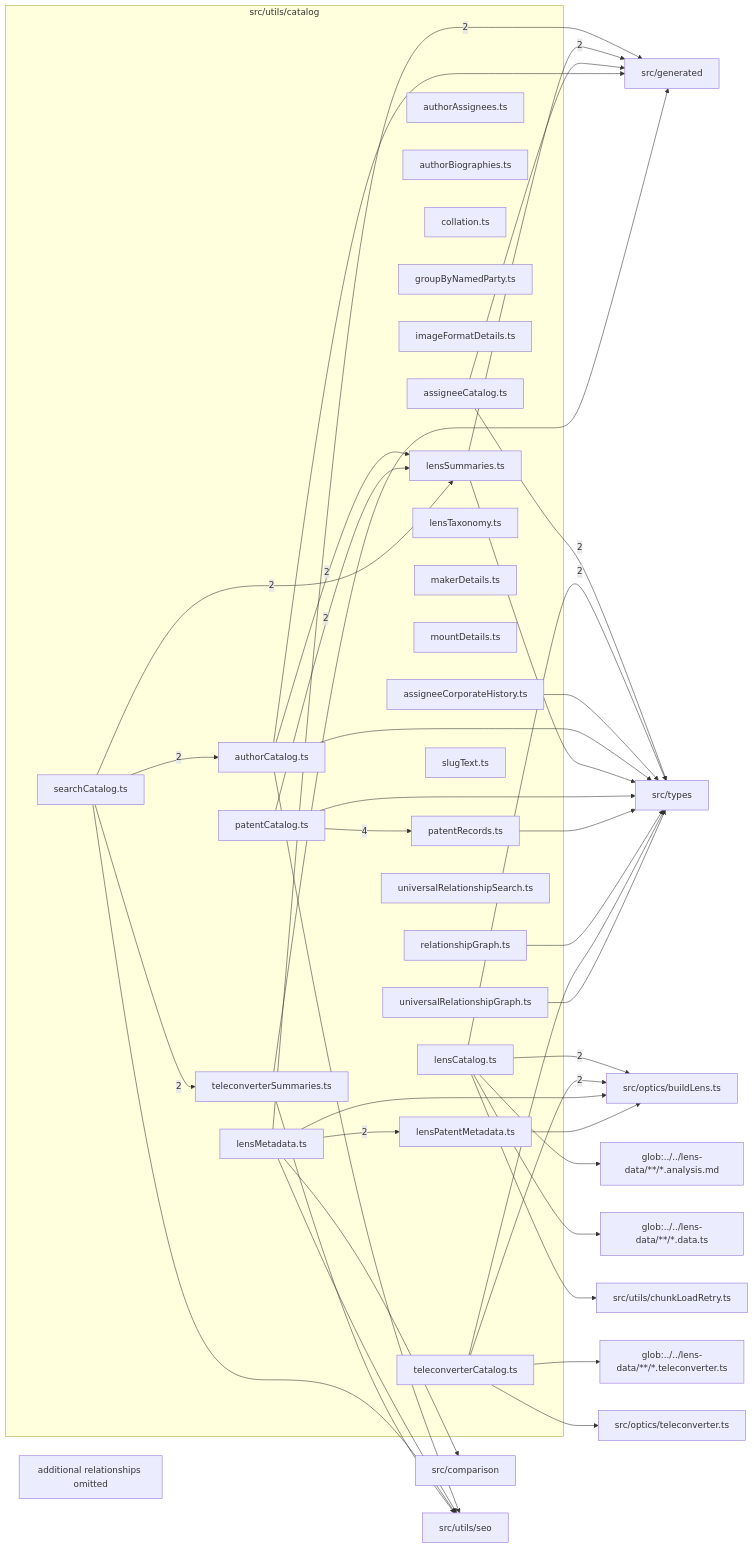
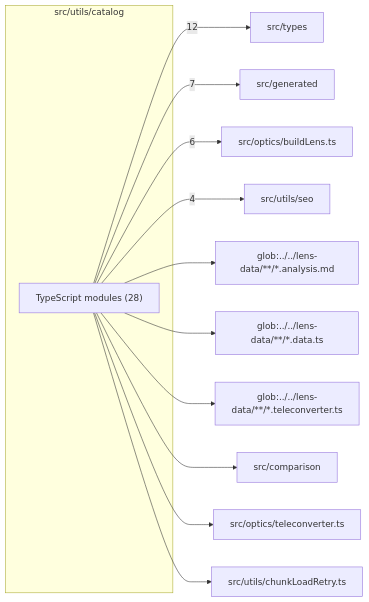
Before and after one commit to ronbuening/LensVisualizer: the diagram in src/utils/catalog/readme.md, drawn with Mermaid. The commit also changed other lines of this file and 40 other files, not shown here.

First line of the commit message:
Add relationship views for company comparison and inventor exploration (#919)

````diff
--- a/src/utils/catalog/readme.md
+++ b/src/utils/catalog/readme.md
@@ -9,76 +9,26 @@
 ```mermaid
 flowchart LR
   subgraph n_src_utils_catalog["src/utils/catalog"]
-    n_src_utils_catalog_src_utils_catalog_assigneeCatalog_ts["assigneeCatalog.ts"]
-    n_src_utils_catalog_src_utils_catalog_assigneeCorporateHistory_ts["assigneeCorporateHistory.ts"]
-    n_src_utils_catalog_src_utils_catalog_authorAssignees_ts["authorAssignees.ts"]
-    n_src_utils_catalog_src_utils_catalog_authorBiographies_ts["authorBiographies.ts"]
-    n_src_utils_catalog_src_utils_catalog_authorCatalog_ts["authorCatalog.ts"]
-    n_src_utils_catalog_src_utils_catalog_collation_ts["collation.ts"]
-    n_src_utils_catalog_src_utils_catalog_groupByNamedParty_ts["groupByNamedParty.ts"]
-    n_src_utils_catalog_src_utils_catalog_imageFormatDetails_ts["imageFormatDetails.ts"]
-    n_src_utils_catalog_src_utils_catalog_lensCatalog_ts["lensCatalog.ts"]
-    n_src_utils_catalog_src_utils_catalog_lensMetadata_ts["lensMetadata.ts"]
-    n_src_utils_catalog_src_utils_catalog_lensPatentMetadata_ts["lensPatentMetadata.ts"]
-    n_src_utils_catalog_src_utils_catalog_lensSummaries_ts["lensSummaries.ts"]
-    n_src_utils_catalog_src_utils_catalog_lensTaxonomy_ts["lensTaxonomy.ts"]
-    n_src_utils_catalog_src_utils_catalog_makerDetails_ts["makerDetails.ts"]
-    n_src_utils_catalog_src_utils_catalog_mountDetails_ts["mountDetails.ts"]
-    n_src_utils_catalog_src_utils_catalog_patentCatalog_ts["patentCatalog.ts"]
-    n_src_utils_catalog_src_utils_catalog_patentRecords_ts["patentRecords.ts"]
-    n_src_utils_catalog_src_utils_catalog_relationshipGraph_ts["relationshipGraph.ts"]
-    n_src_utils_catalog_src_utils_catalog_searchCatalog_ts["searchCatalog.ts"]
-    n_src_utils_catalog_src_utils_catalog_slugText_ts["slugText.ts"]
-    n_src_utils_catalog_src_utils_catalog_teleconverterCatalog_ts["teleconverterCatalog.ts"]
-    n_src_utils_catalog_src_utils_catalog_teleconverterSummaries_ts["teleconverterSummaries.ts"]
-    n_src_utils_catalog_src_utils_catalog_universalRelationshipGraph_ts["universalRelationshipGraph.ts"]
-    n_src_utils_catalog_src_utils_catalog_universalRelationshipSearch_ts["universalRelationshipSearch.ts"]
+    n_src_utils_catalog_TypeScript_modules["TypeScript modules (28)"]
   end
+  n_external_src_types["src/types"]
   n_external_src_generated["src/generated"]
   n_external_src_optics_buildLens_ts["src/optics/buildLens.ts"]
-  n_external_src_types["src/types"]
+  n_external_src_utils_seo["src/utils/seo"]
   n_external_glob_______lens_data______analysis_md["glob:../../lens-data/**/*.analysis.md"]
   n_external_glob_______lens_data______data_ts["glob:../../lens-data/**/*.data.ts"]
   n_external_glob_______lens_data______teleconverter_ts["glob:../../lens-data/**/*.teleconverter.ts"]
   n_external_src_comparison["src/comparison"]
   n_external_src_optics_teleconverter_ts["src/optics/teleconverter.ts"]
   n_external_src_utils_chunkLoadRetry_ts["src/utils/chunkLoadRetry.ts"]
-  n_external_src_utils_seo["src/utils/seo"]
-  n_src_utils_catalog_src_utils_catalog_patentCatalog_ts --> |4| n_src_utils_catalog_src_utils_catalog_patentRecords_ts
-  n_src_utils_catalog_src_utils_catalog_lensMetadata_ts --> |2| n_external_src_generated
-  n_src_utils_catalog_src_utils_catalog_lensSummaries_ts --> |2| n_external_src_generated
-  n_src_utils_catalog_src_utils_catalog_lensCatalog_ts --> |2| n_external_src_optics_buildLens_ts
-  n_src_utils_catalog_src_utils_catalog_teleconverterCatalog_ts --> |2| n_external_src_optics_buildLens_ts
-  n_src_utils_catalog_src_utils_catalog_assigneeCatalog_ts --> |2| n_external_src_types
-  n_src_utils_catalog_src_utils_catalog_lensCatalog_ts --> |2| n_external_src_types
-  n_src_utils_catalog_src_utils_catalog_searchCatalog_ts --> |2| n_src_utils_catalog_src_utils_catalog_authorCatalog_ts
-  n_src_utils_catalog_src_utils_catalog_lensMetadata_ts --> |2| n_src_utils_catalog_src_utils_catalog_lensPatentMetadata_ts
-  n_src_utils_catalog_src_utils_catalog_authorCatalog_ts --> |2| n_src_utils_catalog_src_utils_catalog_lensSummaries_ts
-  n_src_utils_catalog_src_utils_catalog_patentCatalog_ts --> |2| n_src_utils_catalog_src_utils_catalog_lensSummaries_ts
-  n_src_utils_catalog_src_utils_catalog_searchCatalog_ts --> |2| n_src_utils_catalog_src_utils_catalog_lensSummaries_ts
-  n_src_utils_catalog_src_utils_catalog_searchCatalog_ts --> |2| n_src_utils_catalog_src_utils_catalog_teleconverterSummaries_ts
-  n_src_utils_catalog_src_utils_catalog_lensCatalog_ts --> n_external_glob_______lens_data______analysis_md
-  n_src_utils_catalog_src_utils_catalog_lensCatalog_ts --> n_external_glob_______lens_data______data_ts
-  n_src_utils_catalog_src_utils_catalog_teleconverterCatalog_ts --> n_external_glob_______lens_data______teleconverter_ts
-  n_src_utils_catalog_src_utils_catalog_lensMetadata_ts --> n_external_src_comparison
-  n_src_utils_catalog_src_utils_catalog_assigneeCatalog_ts --> n_external_src_generated
-  n_src_utils_catalog_src_utils_catalog_authorCatalog_ts --> n_external_src_generated
-  n_src_utils_catalog_src_utils_catalog_teleconverterSummaries_ts --> n_external_src_generated
-  n_src_utils_catalog_src_utils_catalog_lensMetadata_ts --> n_external_src_optics_buildLens_ts
-  n_src_utils_catalog_src_utils_catalog_lensPatentMetadata_ts --> n_external_src_optics_buildLens_ts
-  n_src_utils_catalog_src_utils_catalog_teleconverterCatalog_ts --> n_external_src_optics_teleconverter_ts
-  n_src_utils_catalog_src_utils_catalog_assigneeCorporateHistory_ts --> n_external_src_types
-  n_src_utils_catalog_src_utils_catalog_authorCatalog_ts --> n_external_src_types
-  n_src_utils_catalog_src_utils_catalog_lensSummaries_ts --> n_external_src_types
-  n_src_utils_catalog_src_utils_catalog_patentCatalog_ts --> n_external_src_types
-  n_src_utils_catalog_src_utils_catalog_patentRecords_ts --> n_external_src_types
-  n_src_utils_catalog_src_utils_catalog_relationshipGraph_ts --> n_external_src_types
-  n_src_utils_catalog_src_utils_catalog_teleconverterCatalog_ts --> n_external_src_types
-  n_src_utils_catalog_src_utils_catalog_universalRelationshipGraph_ts --> n_external_src_types
-  n_src_utils_catalog_src_utils_catalog_lensCatalog_ts --> n_external_src_utils_chunkLoadRetry_ts
-  n_src_utils_catalog_src_utils_catalog_authorCatalog_ts --> n_external_src_utils_seo
-  n_src_utils_catalog_src_utils_catalog_lensMetadata_ts --> n_external_src_utils_seo
-  n_src_utils_catalog_src_utils_catalog_searchCatalog_ts --> n_external_src_utils_seo
-  n_src_utils_catalog_src_utils_catalog_teleconverterSummaries_ts --> n_external_src_utils_seo
-  n_src_utils_catalog_truncated["additional relationships omitted"]
+  n_src_utils_catalog_TypeScript_modules --> |12| n_external_src_types
+  n_src_utils_catalog_TypeScript_modules --> |7| n_external_src_generated
+  n_src_utils_catalog_TypeScript_modules --> |6| n_external_src_optics_buildLens_ts
+  n_src_utils_catalog_TypeScript_modules --> |4| n_external_src_utils_seo
+  n_src_utils_catalog_TypeScript_modules --> n_external_glob_______lens_data______analysis_md
+  n_src_utils_catalog_TypeScript_modules --> n_external_glob_______lens_data______data_ts
+  n_src_utils_catalog_TypeScript_modules --> n_external_glob_______lens_data______teleconverter_ts
+  n_src_utils_catalog_TypeScript_modules --> n_external_src_comparison
+  n_src_utils_catalog_TypeScript_modules --> n_external_src_optics_teleconverter_ts
+  n_src_utils_catalog_TypeScript_modules --> n_external_src_utils_chunkLoadRetry_ts
 ```
````
